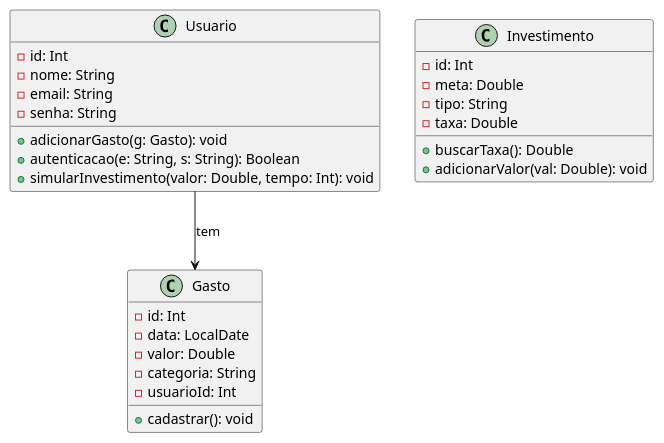
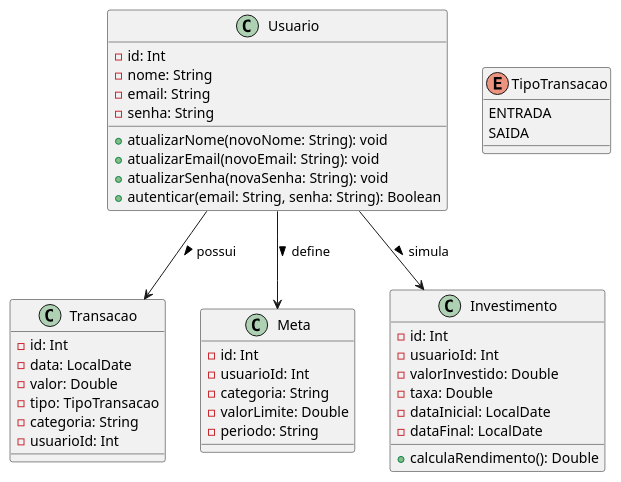
Before and after one commit to mac0350-financas/financas: the diagram in docs/diagrama.puml, drawn with PlantUML.

Commit message:
feat: adição de métodos internos no diagrama

```diff
--- a/docs/diagrama.puml
+++ b/docs/diagrama.puml
@@ -1,31 +1,51 @@
 @startuml
-class Gasto {
-    - id: Int
-    - data: LocalDate
-    - valor: Double
-    - categoria: String
-    - usuarioId: Int
-    + cadastrar(): void
-}
 
 class Usuario {
     - id: Int
     - nome: String
     - email: String
     - senha: String
-    + adicionarGasto(g: Gasto): void
-    + autenticacao(e: String, s: String): Boolean
-    + simularInvestimento(valor: Double, tempo: Int): void
+    + atualizarNome(novoNome: String): void
+    + atualizarEmail(novoEmail: String): void
+    + atualizarSenha(novaSenha: String): void
+    + autenticar(email: String, senha: String): Boolean
+
+}
+
+class Transacao {
+    - id: Int
+    - data: LocalDate
+    - valor: Double
+    - tipo: TipoTransacao
+    - categoria: String
+    - usuarioId: Int
+}
+
+enum TipoTransacao {
+    ENTRADA
+    SAIDA
+}
+
+class Meta {
+    - id: Int
+    - usuarioId: Int
+    - categoria: String
+    - valorLimite: Double
+    - periodo: String
 }
 
 class Investimento {
     - id: Int
-    - meta: Double
-    - tipo: String
+    - usuarioId: Int
+    - valorInvestido: Double
     - taxa: Double
-    + buscarTaxa(): Double
-    + adicionarValor(val: Double): void
+    - dataInicial: LocalDate
+    - dataFinal: LocalDate
+    + calculaRendimento(): Double
 }
 
-Usuario --> Gasto : "tem"
+Usuario --> Transacao : possui >
+Usuario --> Meta : define >
+Usuario --> Investimento : simula >
+
 @enduml
```
